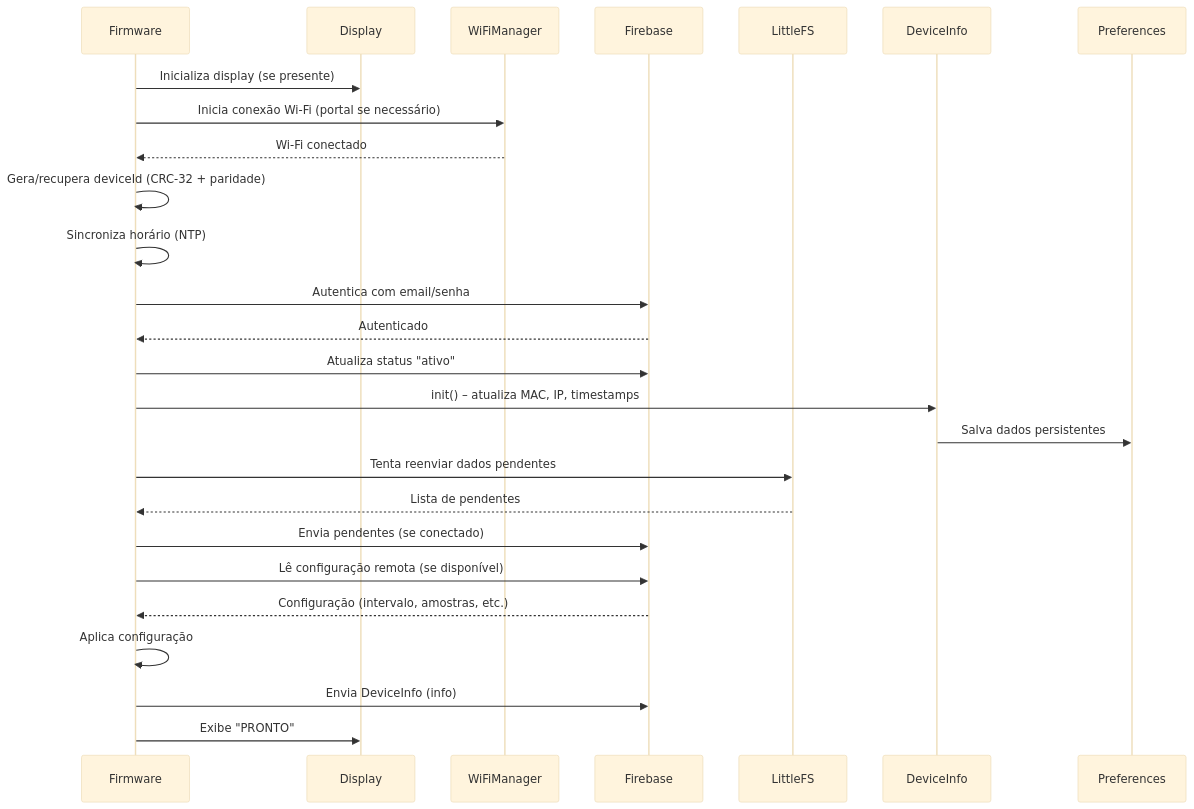
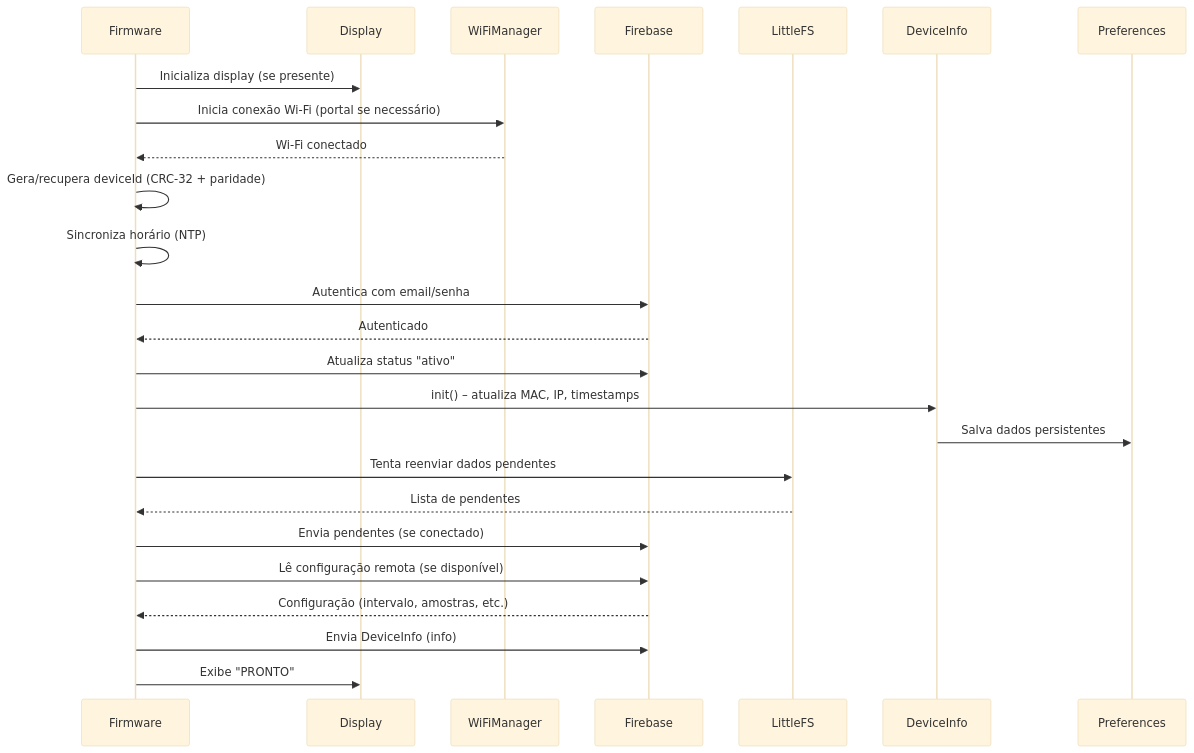
The fourth of 11 diagrams in README.md (tecbudo/niveltec), drawn with Mermaid (base theme) before and after one commit. The commit also changed other lines of this file, not shown here.

````diff
--- a/README.md
+++ b/README.md
@@ -222,28 +359,27 @@
 ```mermaid
 sequenceDiagram
     participant Firmware
     participant Display
     participant WiFiManager
     participant Firebase
     participant LittleFS
     participant DeviceInfo
 
     Firmware->>Display: Inicializa display (se presente)
     Firmware->>WiFiManager: Inicia conexão Wi-Fi (portal se necessário)
     WiFiManager-->>Firmware: Wi-Fi conectado
     Firmware->>Firmware: Gera/recupera deviceId (CRC‑32 + paridade)
     Firmware->>Firmware: Sincroniza horário (NTP)
     Firmware->>Firebase: Autentica com email/senha
     Firebase-->>Firmware: Autenticado
     Firmware->>Firebase: Atualiza status "ativo"
     Firmware->>DeviceInfo: init() – atualiza MAC, IP, timestamps
     DeviceInfo->>Preferences: Salva dados persistentes
     Firmware->>LittleFS: Tenta reenviar dados pendentes
     LittleFS-->>Firmware: Lista de pendentes
     Firmware->>Firebase: Envia pendentes (se conectado)
     Firmware->>Firebase: Lê configuração remota (se disponível)
     Firebase-->>Firmware: Configuração (intervalo, amostras, etc.)
-    Firmware->>Firmware: Aplica configuração
     Firmware->>Firebase: Envia DeviceInfo (info)
     Firmware->>Display: Exibe "PRONTO"
 ```
````
